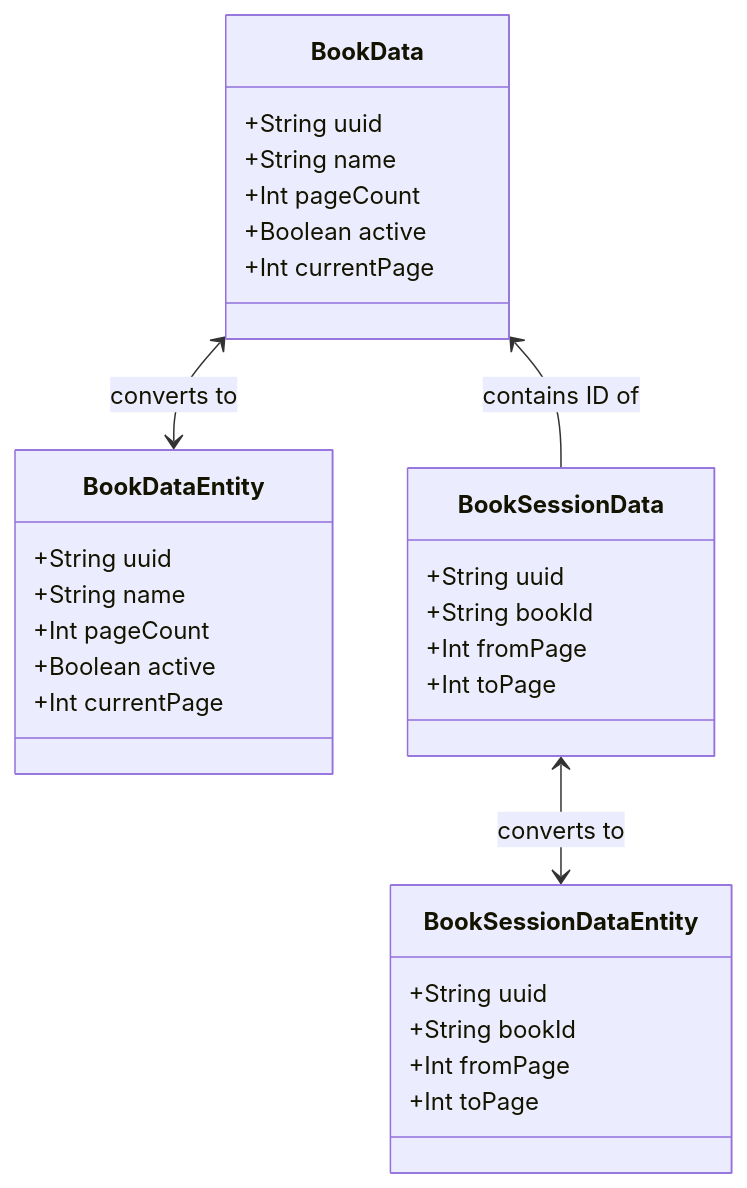
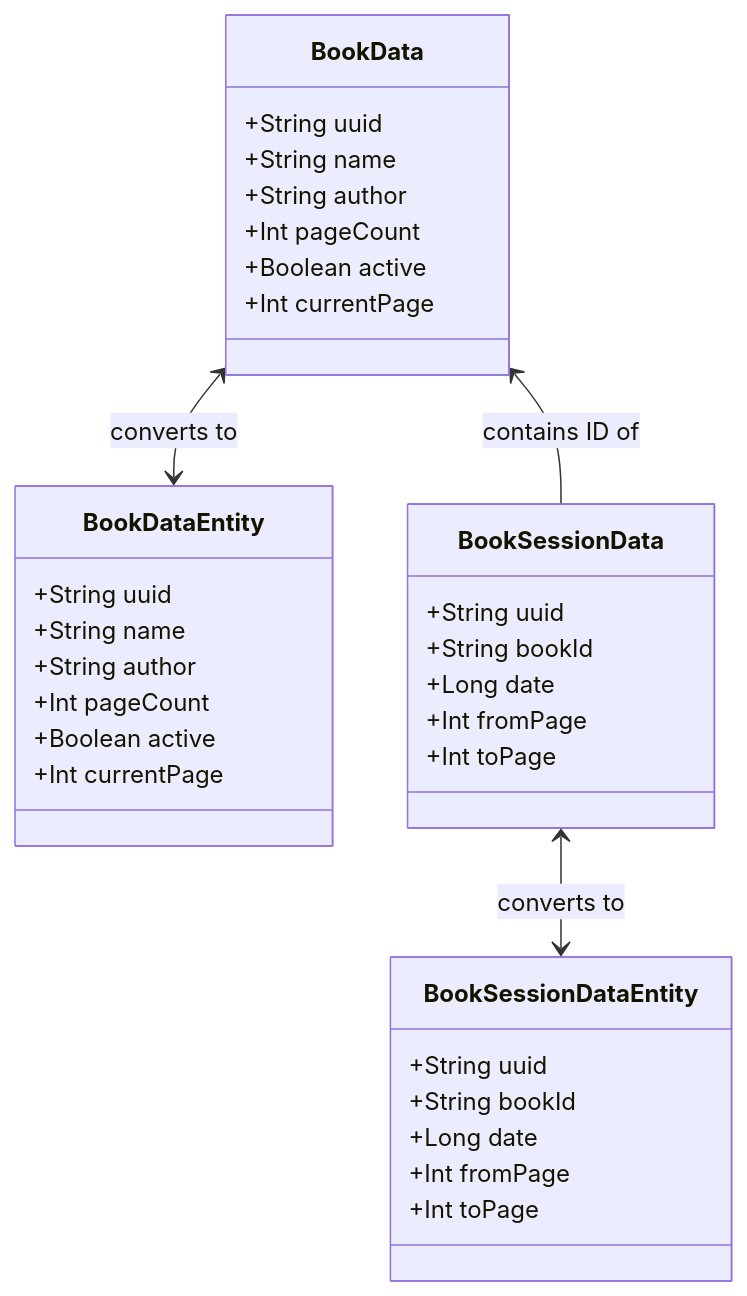
Before and after one commit to EvanLavender13/ReadMoreApp: the diagram in docs/data.md, drawn with Mermaid.

````diff
--- a/docs/data.md
+++ b/docs/data.md
@@ -2,39 +2,43 @@
 ```mermaid
 classDiagram
 
 class BookData {
   +String uuid
   +String name
+  +String author
   +Int pageCount
   +Boolean active
   +Int currentPage
 }
 
 class BookDataEntity {
   +String uuid
   +String name
+  +String author
   +Int pageCount
   +Boolean active
   +Int currentPage
 }
 
 BookData <--> BookDataEntity : converts to
 BookData <-- BookSessionData : contains ID of
 
 class BookSessionData {
   +String uuid
   +String bookId
+  +Long date
   +Int fromPage
   +Int toPage
 }
 
 class BookSessionDataEntity {
   +String uuid
   +String bookId
+  +Long date
   +Int fromPage
   +Int toPage
 }
 
 BookSessionData <--> BookSessionDataEntity : converts to
 
 ```
````
